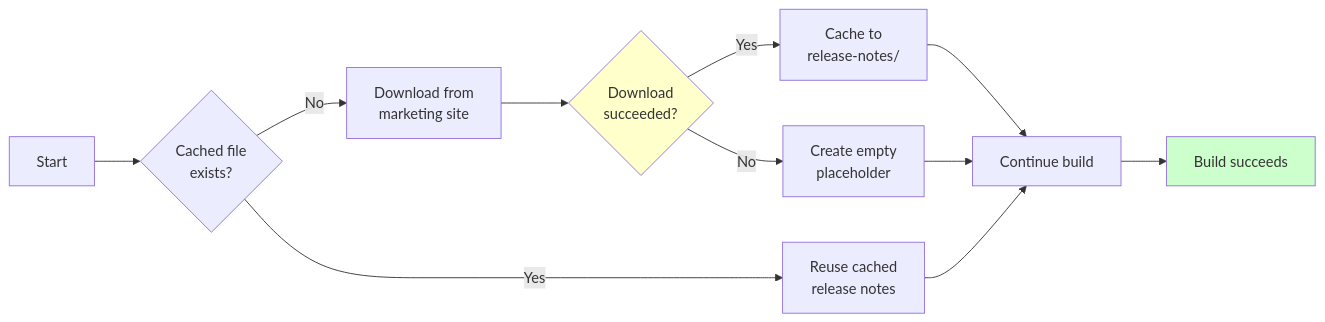
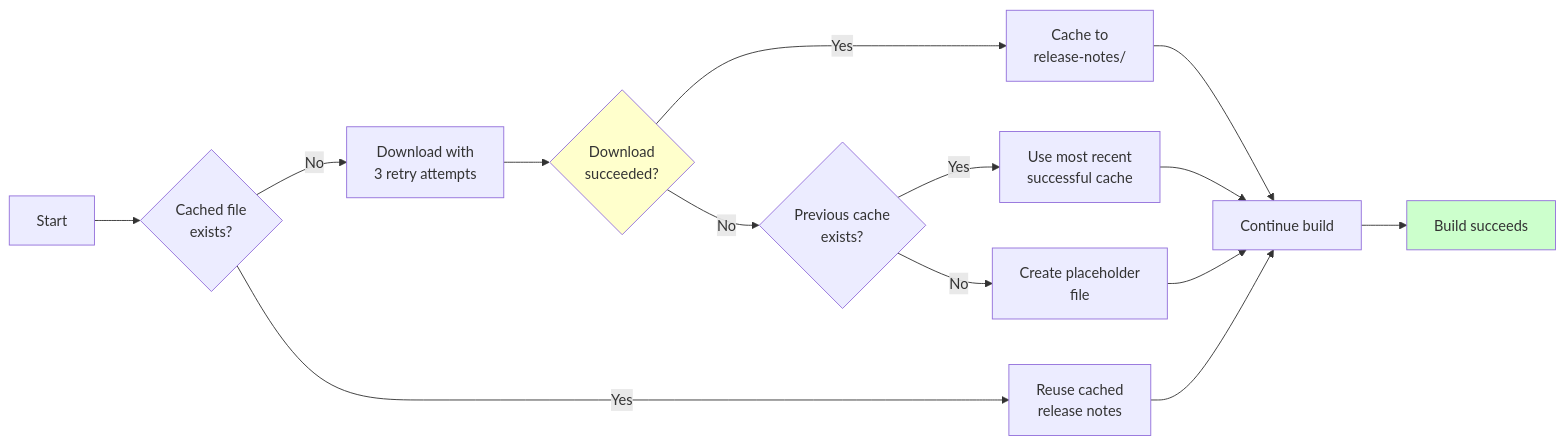
Before and after one commit to yazdipour/jtb-task: the diagram in README.md, drawn with Mermaid. The commit also changed other lines of this file and 2 other files, not shown here.

````diff
--- a/README.md
+++ b/README.md
@@ -37,16 +44,19 @@
 ```mermaid
 flowchart LR
     START[Start] --> CHECK{Cached file<br/>exists?}
     CHECK -->|Yes| REUSE[Reuse cached<br/>release notes]
-    CHECK -->|No| DOWNLOAD[Download from<br/>marketing site]
+    CHECK -->|No| DOWNLOAD[Download with<br/>3 retry attempts]
     DOWNLOAD --> SUCCESS{Download<br/>succeeded?}
     SUCCESS -->|Yes| CACHE[Cache to<br/>release-notes/]
-    SUCCESS -->|No| EMPTY[Create empty<br/>placeholder]
+    SUCCESS -->|No| FALLBACK{Previous cache<br/>exists?}
+    FALLBACK -->|Yes| USEFALLBACK[Use most recent<br/>successful cache]
+    FALLBACK -->|No| PLACEHOLDER[Create placeholder<br/>file]
     CACHE --> BUILD[Continue build]
-    EMPTY --> BUILD
+    USEFALLBACK --> BUILD
+    PLACEHOLDER --> BUILD
     REUSE --> BUILD
     BUILD --> END[Build succeeds]
 
     style SUCCESS fill:#ffffcc
     style END fill:#ccffcc
 ```
````
